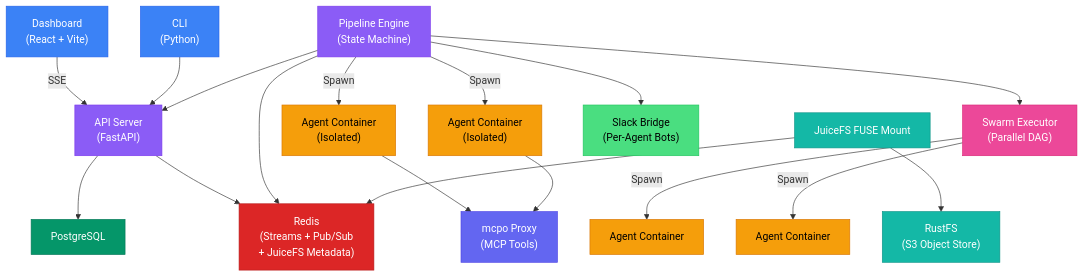
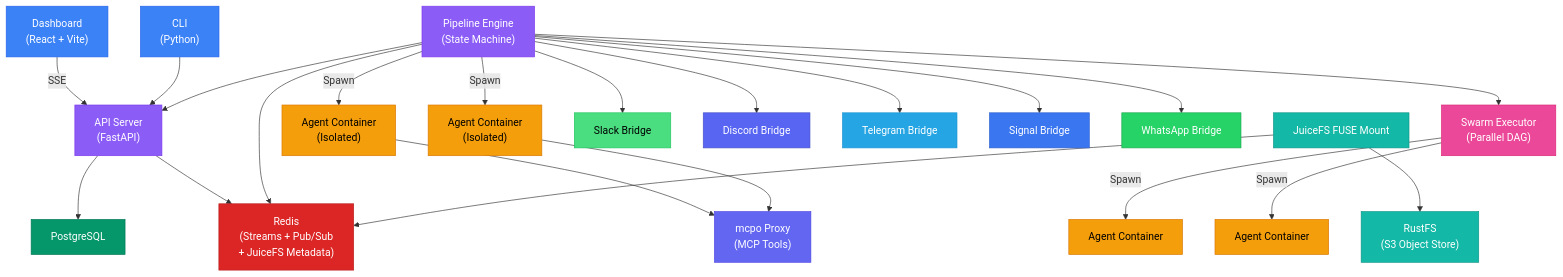
One commit to BaseDatum/DjinnBot changed the second of 2 diagrams in README.md. Above: the diagram before and after it, drawn with Mermaid. The commit also changed other lines of this file and 34 other files, not shown here.

Commit message:
feat: signal, telegram, discord, whatsapp, and docs to match

````diff
--- a/README.md
+++ b/README.md
@@ -176,35 +176,43 @@
 ```mermaid
 graph TB
     Dashboard["Dashboard<br/>(React + Vite)"] -->|SSE| API["API Server<br/>(FastAPI)"]
     CLI["CLI<br/>(Python)"] --> API
     API --> DB["PostgreSQL"]
     API --> Redis["Redis<br/>(Streams + Pub/Sub<br/>+ JuiceFS Metadata)"]
     Engine["Pipeline Engine<br/>(State Machine)"] --> API
     Engine --> Redis
     Engine -->|"Spawn"| Agent1["Agent Container<br/>(Isolated)"]
     Engine -->|"Spawn"| Agent2["Agent Container<br/>(Isolated)"]
     Engine --> Swarm["Swarm Executor<br/>(Parallel DAG)"]
     Swarm -->|"Spawn"| Agent3["Agent Container"]
     Swarm -->|"Spawn"| Agent4["Agent Container"]
     Agent1 --> mcpo["mcpo Proxy<br/>(MCP Tools)"]
     Agent2 --> mcpo
-    Engine --> Slack["Slack Bridge<br/>(Per-Agent Bots)"]
+    Engine --> Slack["Slack Bridge"]
+    Engine --> Discord["Discord Bridge"]
+    Engine --> Telegram["Telegram Bridge"]
+    Engine --> Signal["Signal Bridge"]
+    Engine --> WhatsApp["WhatsApp Bridge"]
     JFS["JuiceFS FUSE Mount"] --> RustFS["RustFS<br/>(S3 Object Store)"]
     JFS --> Redis
 
     style Dashboard fill:#3b82f6,color:#fff,stroke:#2563eb
     style CLI fill:#3b82f6,color:#fff,stroke:#2563eb
     style API fill:#8b5cf6,color:#fff,stroke:#7c3aed
     style Engine fill:#8b5cf6,color:#fff,stroke:#7c3aed
     style Swarm fill:#ec4899,color:#fff,stroke:#db2777
     style DB fill:#059669,color:#fff,stroke:#047857
     style Redis fill:#dc2626,color:#fff,stroke:#b91c1c
     style Agent1 fill:#f59e0b,color:#000,stroke:#d97706
     style Agent2 fill:#f59e0b,color:#000,stroke:#d97706
     style Agent3 fill:#f59e0b,color:#000,stroke:#d97706
     style Agent4 fill:#f59e0b,color:#000,stroke:#d97706
     style mcpo fill:#6366f1,color:#fff,stroke:#4f46e5
     style Slack fill:#4ade80,color:#000,stroke:#22c55e
+    style Discord fill:#5865F2,color:#fff,stroke:#4752C4
+    style Telegram fill:#26A5E4,color:#fff,stroke:#1E96D1
+    style Signal fill:#3A76F0,color:#fff,stroke:#2E62CC
+    style WhatsApp fill:#25D366,color:#fff,stroke:#1DA851
     style JFS fill:#14b8a6,color:#fff,stroke:#0d9488
     style RustFS fill:#14b8a6,color:#fff,stroke:#0d9488
 ```
````
